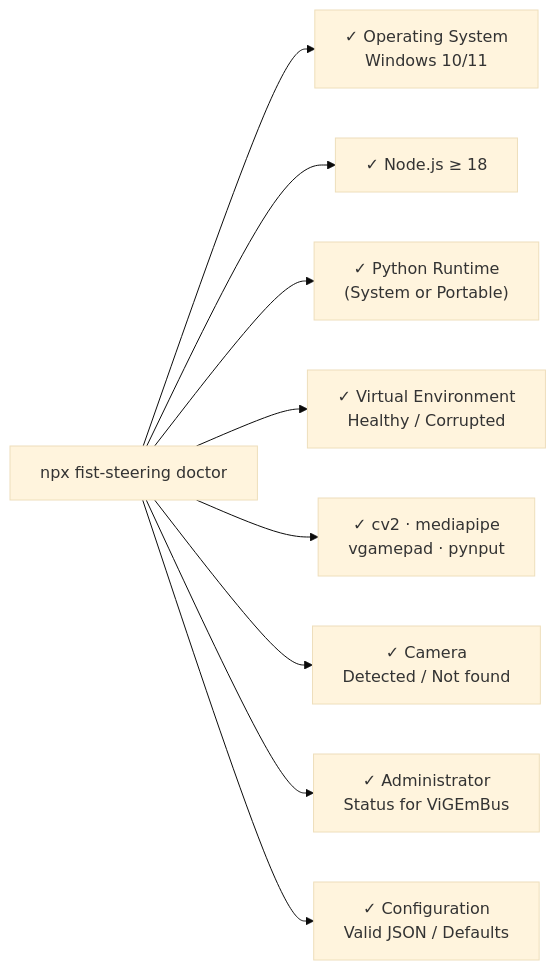
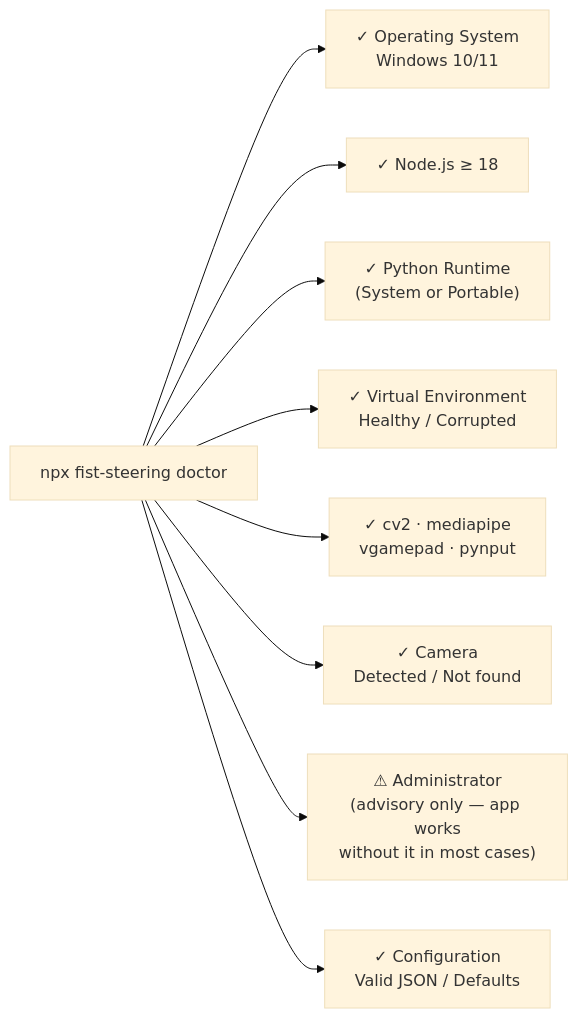
One commit to shryssssss-maker/fist-steering changed the fifth of 6 diagrams in README.md. Above: the diagram before and after it, drawn with Mermaid (base theme). The commit also changed other lines of this file and 3 other files, not shown here.

````diff
--- a/README.md
+++ b/README.md
@@ -222,12 +252,12 @@
 ```mermaid
 flowchart LR
     DR["npx fist-steering doctor"]
     DR --> OS["✓ Operating System\nWindows 10/11"]
     DR --> NODE["✓ Node.js ≥ 18"]
     DR --> PY["✓ Python Runtime\n(System or Portable)"]
     DR --> VENV["✓ Virtual Environment\nHealthy / Corrupted"]
     DR --> DEPS["✓ cv2 · mediapipe\nvgamepad · pynput"]
     DR --> CAM["✓ Camera\nDetected / Not found"]
-    DR --> ADMIN["✓ Administrator\nStatus for ViGEmBus"]
+    DR --> ADMIN["⚠ Administrator\n(advisory only — app works\nwithout it in most cases)"]
     DR --> CONF["✓ Configuration\nValid JSON / Defaults"]
 ```
````
